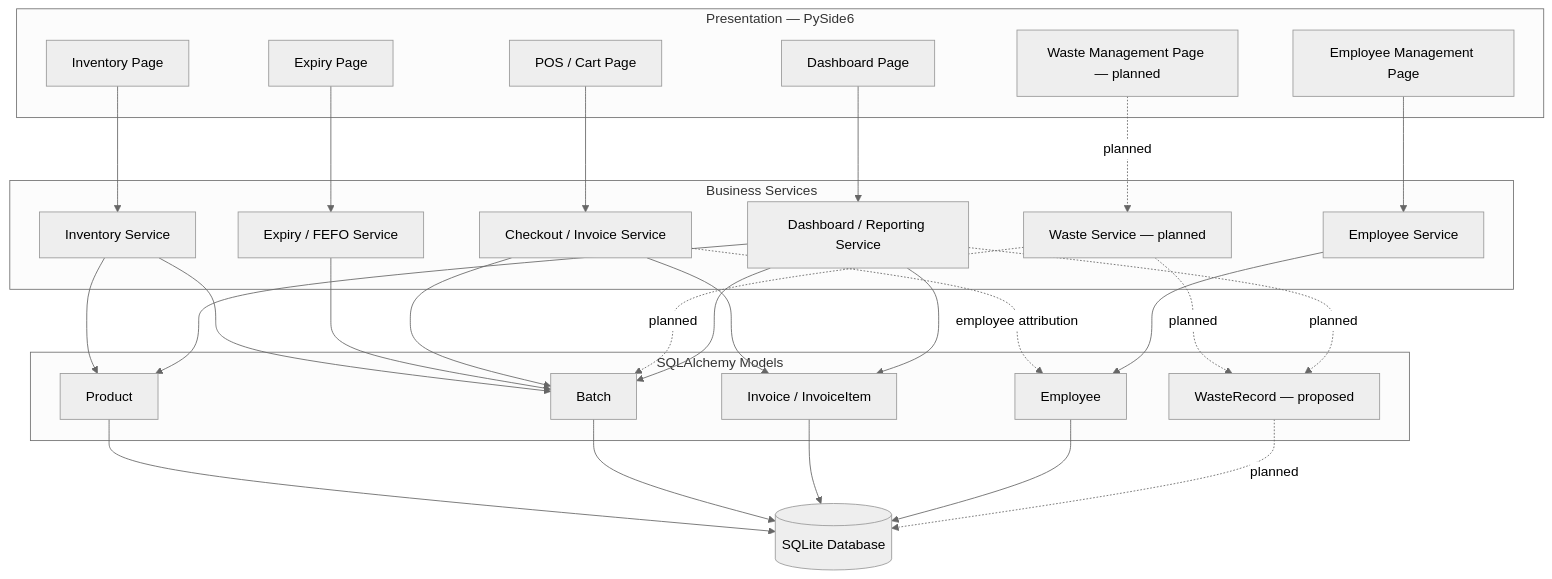
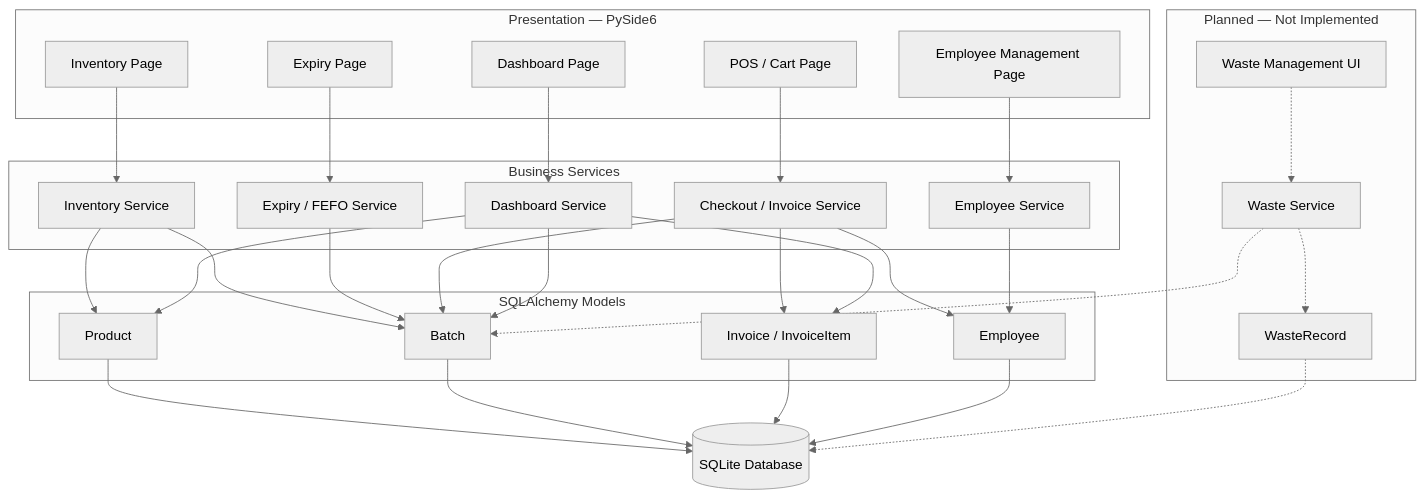
Before and after one commit to CJC1406/pms: the first of 3 diagrams in docs/SAD.md, drawn with Mermaid (neutral theme). The commit also changed other lines of this file and 9 other files, not shown here.

````diff
--- a/docs/SAD.md
+++ b/docs/SAD.md
@@ -82,51 +108,61 @@
 ```mermaid
 flowchart TB
     subgraph Presentation["Presentation — PySide6"]
       UI1[Dashboard Page]
       UI2[Inventory Page]
       UI3[Expiry Page]
       UI4[POS / Cart Page]
       UI5[Employee Management Page]
-      UI6[Waste Management Page — planned]
     end
+
     subgraph Services["Business Services"]
       S1[Inventory Service]
       S2[Expiry / FEFO Service]
       S3[Checkout / Invoice Service]
       S4[Employee Service]
-      S5[Waste Service — planned]
-      S6[Dashboard / Reporting Service]
+      S6[Dashboard Service]
     end
+
     subgraph Data["SQLAlchemy Models"]
       M1[Product]
       M2[Batch]
       M3[Invoice / InvoiceItem]
       M4[Employee]
-      M5[WasteRecord — proposed]
     end
+
     DB[(SQLite Database)]
+
     UI1 --> S6
     UI2 --> S1
     UI3 --> S2
     UI4 --> S3
     UI5 --> S4
-    UI6 -. planned .-> S5
+
     S1 --> M1
     S1 --> M2
     S2 --> M2
     S3 --> M2
     S3 --> M3
-    S3 -. employee attribution .-> M4
+    S3 --> M4
     S4 --> M4
-    S5 -. planned .-> M5
-    S5 -. planned .-> M2
+
     S6 --> M1
     S6 --> M2
     S6 --> M3
-    S6 -. planned .-> M5
+
     M1 --> DB
     M2 --> DB
     M3 --> DB
     M4 --> DB
-    M5 -. planned .-> DB
+
+    subgraph Planned["Planned — Not Implemented"]
+      UI6[Waste Management UI]
+      S5[Waste Service]
+      M5[WasteRecord]
+    end
+
+    UI6 -.-> S5
+    S5 -.-> M5
+    M5 -.-> DB
+    S5 -.-> M2
 ```
````
